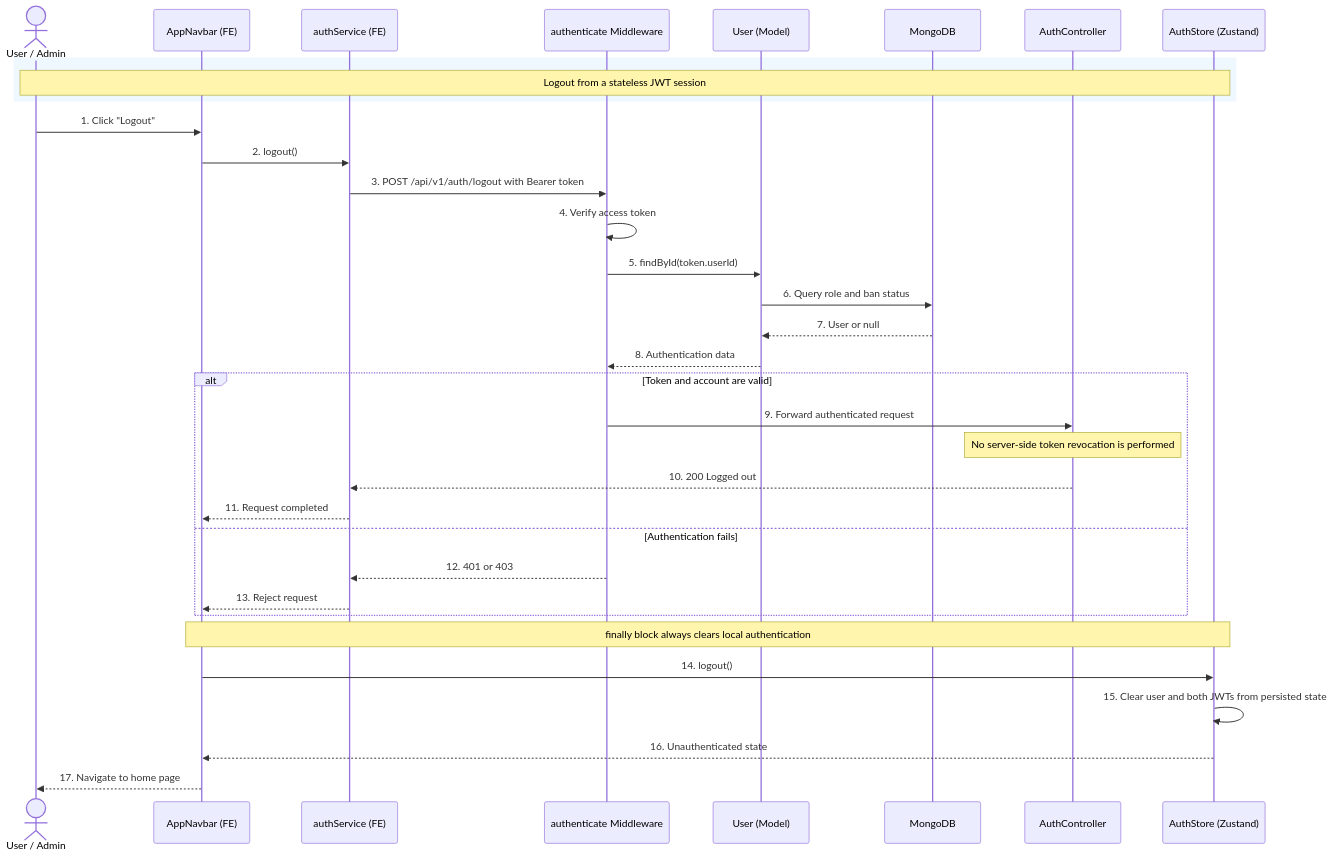
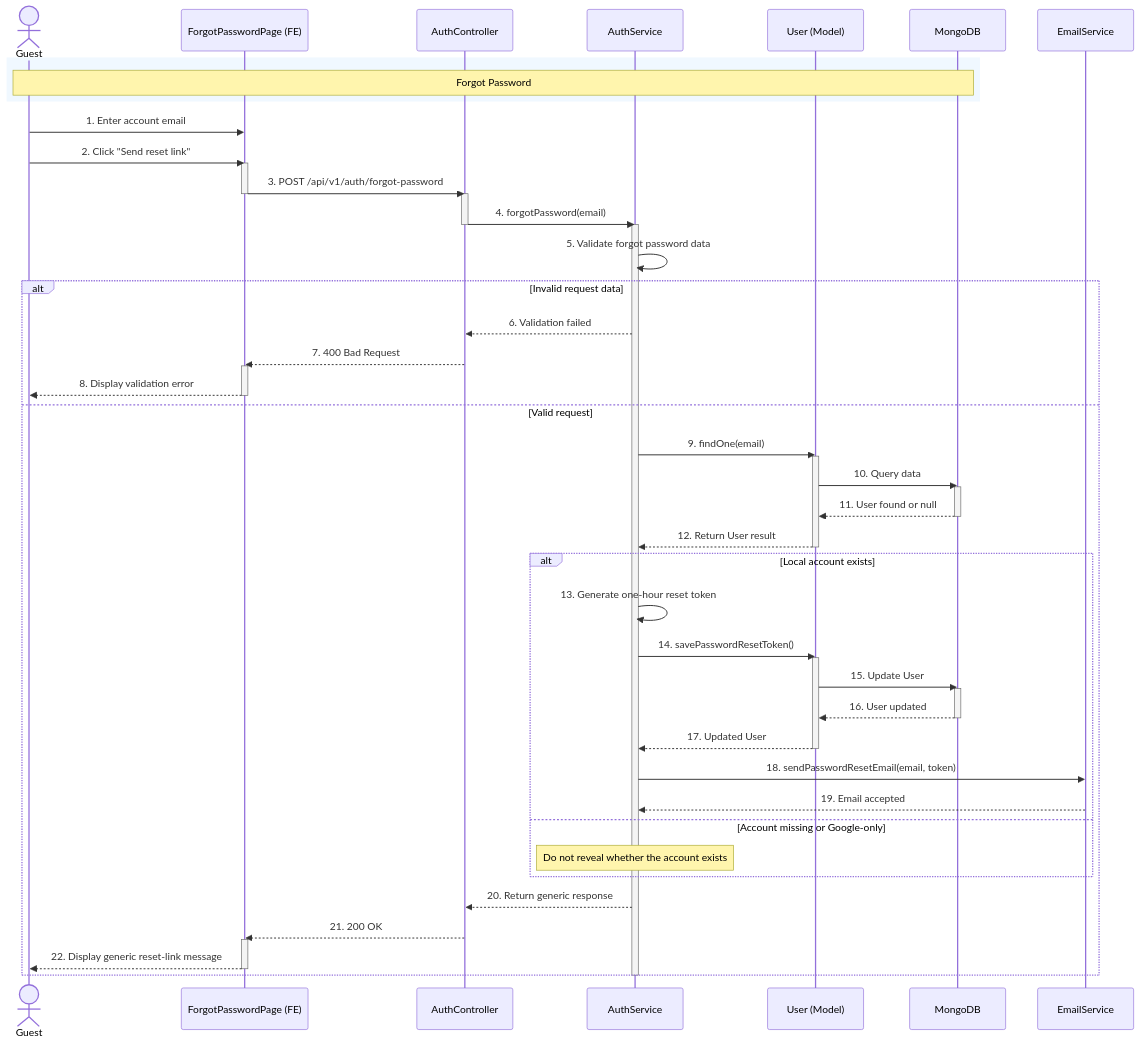
Diagram 12 of 60 in docs/19_Detailed_Design.md (SUMMER2026SE/wdp301-rbl-project-wdp_se18d08_group-5), drawn with Mermaid before and after one commit. The commit also changed other lines of this file, not shown here.

````diff
--- a/docs/19_Detailed_Design.md
+++ b/docs/19_Detailed_Design.md
@@ -706,40 +849,69 @@
 ```mermaid
 sequenceDiagram
-    actor Account as User / Admin
-    participant FE as AppNavbar (FE)
-    participant Api as authService (FE)
-    participant AuthMW as authenticate Middleware
+    actor A as Guest
+    participant FE as ForgotPasswordPage (FE)
+    participant Ctrl as AuthController
+    participant Svc as AuthService
     participant Model as User (Model)
     participant DB as MongoDB
-    participant Ctrl as AuthController
-    participant Store as AuthStore (Zustand)
+    participant EmailService as EmailService
 
     rect rgb(240,248,255)
-        Note over Account,Store: Logout from a stateless JWT session
+        Note over A,DB: Forgot Password
     end
 
-    Account->>FE: 1. Click "Logout"
-    FE->>Api: 2. logout()
-    Api->>AuthMW: 3. POST /api/v1/auth/logout with Bearer token
-    AuthMW->>AuthMW: 4. Verify access token
-    AuthMW->>Model: 5. findById(token.userId)
-    Model->>DB: 6. Query role and ban status
-    DB-->>Model: 7. User or null
-    Model-->>AuthMW: 8. Authentication data
+    A->>FE: 1. Enter account email
+    A->>FE: 2. Click "Send reset link"
 
-    alt Token and account are valid
-        AuthMW->>Ctrl: 9. Forward authenticated request
-        Note over Ctrl: No server-side token revocation is performed
-        Ctrl-->>Api: 10. 200 Logged out
-        Api-->>FE: 11. Request completed
-    else Authentication fails
-        AuthMW-->>Api: 12. 401 or 403
-        Api-->>FE: 13. Reject request
+    activate FE
+    FE->>Ctrl: 3. POST /api/v1/auth/forgot-password
+    deactivate FE
+
+    activate Ctrl
+    Ctrl->>Svc: 4. forgotPassword(email)
+    deactivate Ctrl
+
+    activate Svc
+    Svc->>Svc: 5. Validate forgot password data
+
+    alt Invalid request data
+        Svc-->>Ctrl: 6. Validation failed
+        Ctrl-->>FE: 7. 400 Bad Request
+        activate FE
+        FE-->>A: 8. Display validation error
+        deactivate FE
+
+    else Valid request
+        Svc->>Model: 9. findOne(email)
+        activate Model
+        Model->>DB: 10. Query data
+        activate DB
+        DB-->>Model: 11. User found or null
+        deactivate DB
+        Model-->>Svc: 12. Return User result
+        deactivate Model
+
+        alt Local account exists
+            Svc->>Svc: 13. Generate one-hour reset token
+            Svc->>Model: 14. savePasswordResetToken()
+            activate Model
+            Model->>DB: 15. Update User
+            activate DB
+            DB-->>Model: 16. User updated
+            deactivate DB
+            Model-->>Svc: 17. Updated User
+            deactivate Model
+            Svc->>EmailService: 18. sendPasswordResetEmail(email, token)
+            EmailService-->>Svc: 19. Email accepted
+        else Account missing or Google-only
+            Note over Svc: Do not reveal whether the account exists
+        end
+        Svc-->>Ctrl: 20. Return generic response
+        Ctrl-->>FE: 21. 200 OK
+        activate FE
+        FE-->>A: 22. Display generic reset-link message
+        deactivate FE
     end
 
-    Note over FE,Store: finally block always clears local authentication
-    FE->>Store: 14. logout()
-    Store->>Store: 15. Clear user and both JWTs from persisted state
-    Store-->>FE: 16. Unauthenticated state
-    FE-->>Account: 17. Navigate to home page
+    deactivate Svc
 ```
````
